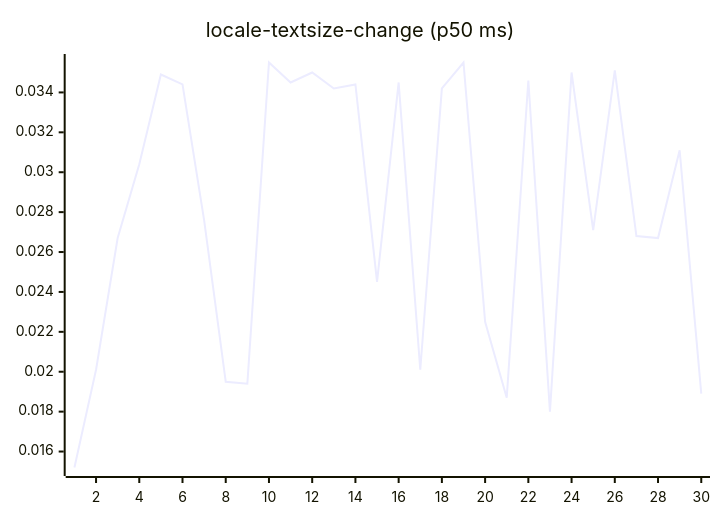
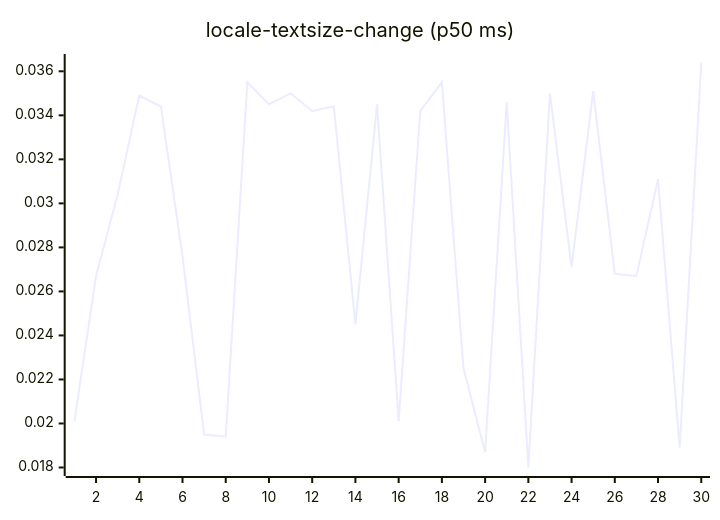
One commit to josha/Facet changed diagram 13 of 27 in README.md. Above: the diagram before and after it, drawn with Mermaid. The commit also changed other lines of this file and 2 other files, not shown here.

````diff
--- a/README.md
+++ b/README.md
@@ -147,6 +147,6 @@
 ```mermaid
 xychart-beta
     title "locale-textsize-change (p50 ms)"
     x-axis 1 --> 30
-    line [0.0152, 0.0201, 0.0267, 0.0304, 0.0349, 0.0344, 0.0276, 0.0195, 0.0194, 0.0355, 0.0345, 0.0350, 0.0342, 0.0344, 0.0245, 0.0345, 0.0201, 0.0342, 0.0355, 0.0225, 0.0187, 0.0346, 0.0180, 0.0350, 0.0271, 0.0351, 0.0268, 0.0267, 0.0311, 0.0189]
+    line [0.0201, 0.0267, 0.0304, 0.0349, 0.0344, 0.0276, 0.0195, 0.0194, 0.0355, 0.0345, 0.0350, 0.0342, 0.0344, 0.0245, 0.0345, 0.0201, 0.0342, 0.0355, 0.0225, 0.0187, 0.0346, 0.0180, 0.0350, 0.0271, 0.0351, 0.0268, 0.0267, 0.0311, 0.0189, 0.0364]
 ```
````
